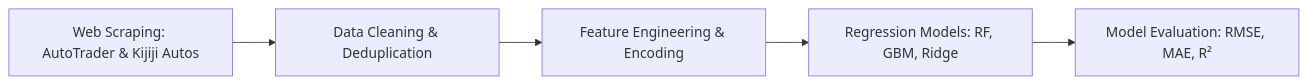
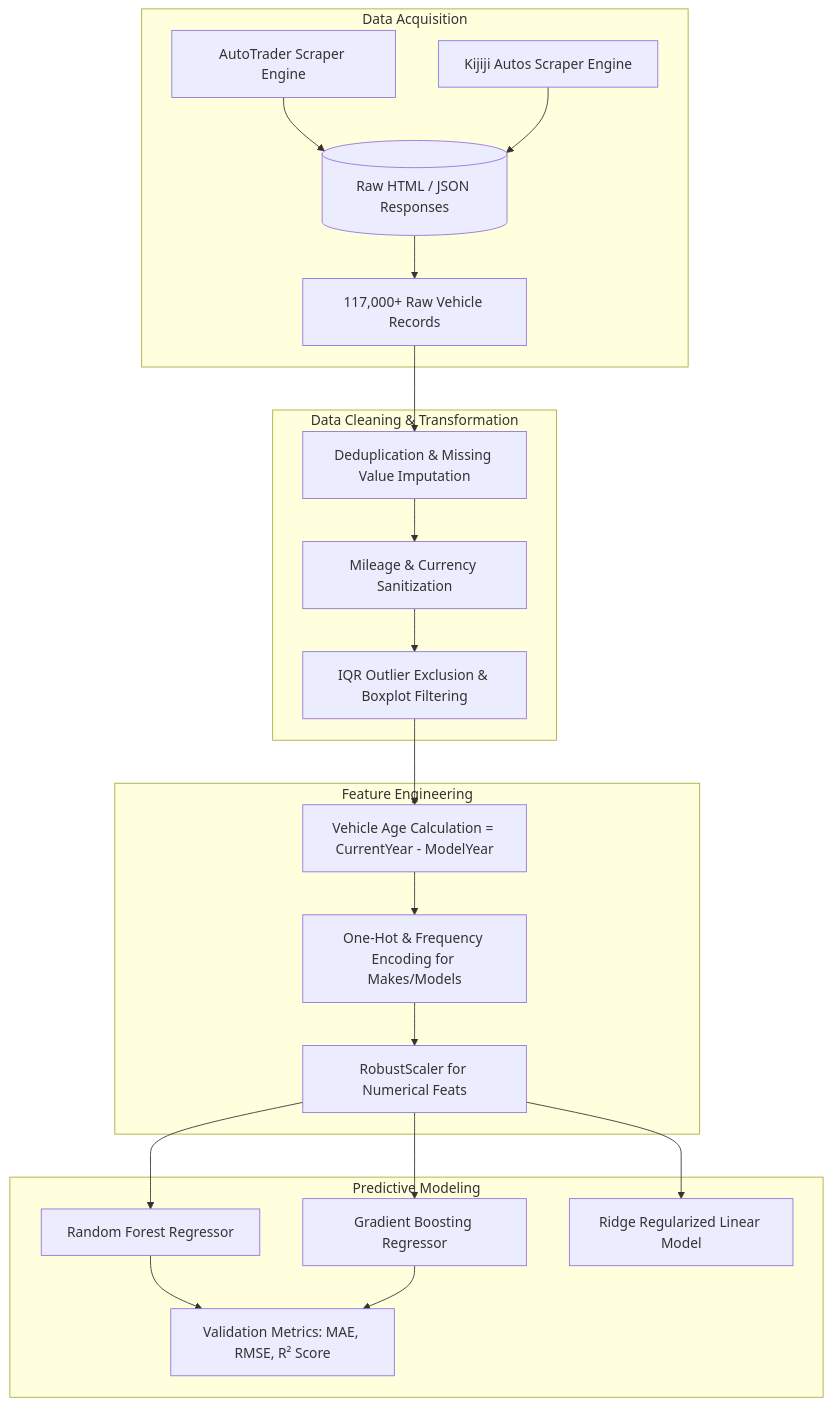
One commit to muhammadokashapak/Car-Price-Prediction-ML changed the diagram in README.md. Above: the diagram before and after it, drawn with Mermaid. The commit also changed other lines of this file, not shown here.

Commit message:
docs: upgrade to VIP presentation-grade architecture README

````diff
--- a/README.md
+++ b/README.md
@@ -21,7 +44,28 @@
 ```mermaid
-graph LR
-    Scrape[Web Scraping: AutoTrader & Kijiji Autos] --> Clean[Data Cleaning & Deduplication]
-    Clean --> FE[Feature Engineering & Encoding]
-    FE --> Train[Regression Models: RF, GBM, Ridge]
-    Train --> Eval[Model Evaluation: RMSE, MAE, R²]
+graph TD
+    subgraph Data Acquisition
+        S1[AutoTrader Scraper Engine] --> RAW[(Raw HTML / JSON Responses)]
+        S2[Kijiji Autos Scraper Engine] --> RAW
+        RAW --> INGEST[117,000+ Raw Vehicle Records]
+    end
+
+    subgraph Data Cleaning & Transformation
+        INGEST --> DROP[Deduplication & Missing Value Imputation]
+        DROP --> CLEAN[Mileage & Currency Sanitization]
+        CLEAN --> OUTLIER[IQR Outlier Exclusion & Boxplot Filtering]
+    end
+
+    subgraph Feature Engineering
+        OUTLIER --> AGE[Vehicle Age Calculation = CurrentYear - ModelYear]
+        AGE --> ENCODE[One-Hot & Frequency Encoding for Makes/Models]
+        ENCODE --> SCALE[RobustScaler for Numerical Feats]
+    end
+
+    subgraph Predictive Modeling
+        SCALE --> RF[Random Forest Regressor]
+        SCALE --> GBR[Gradient Boosting Regressor]
+        SCALE --> RIDGE[Ridge Regularized Linear Model]
+        RF --> EVAL[Validation Metrics: MAE, RMSE, R² Score]
+        GBR --> EVAL
+    end
 ```
````
